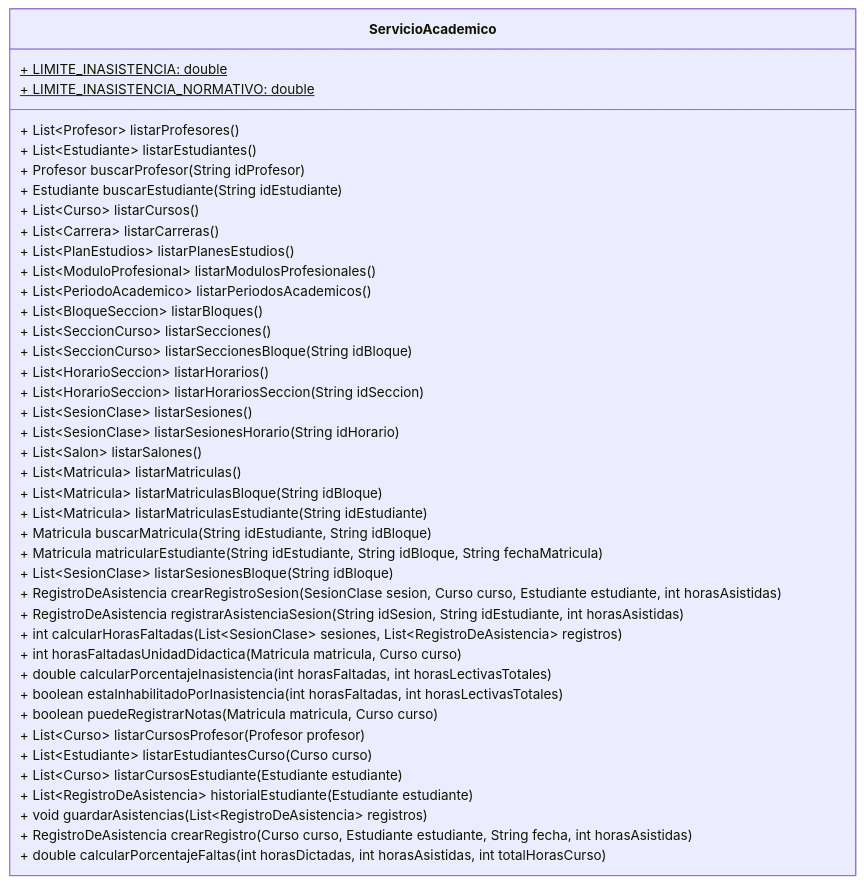
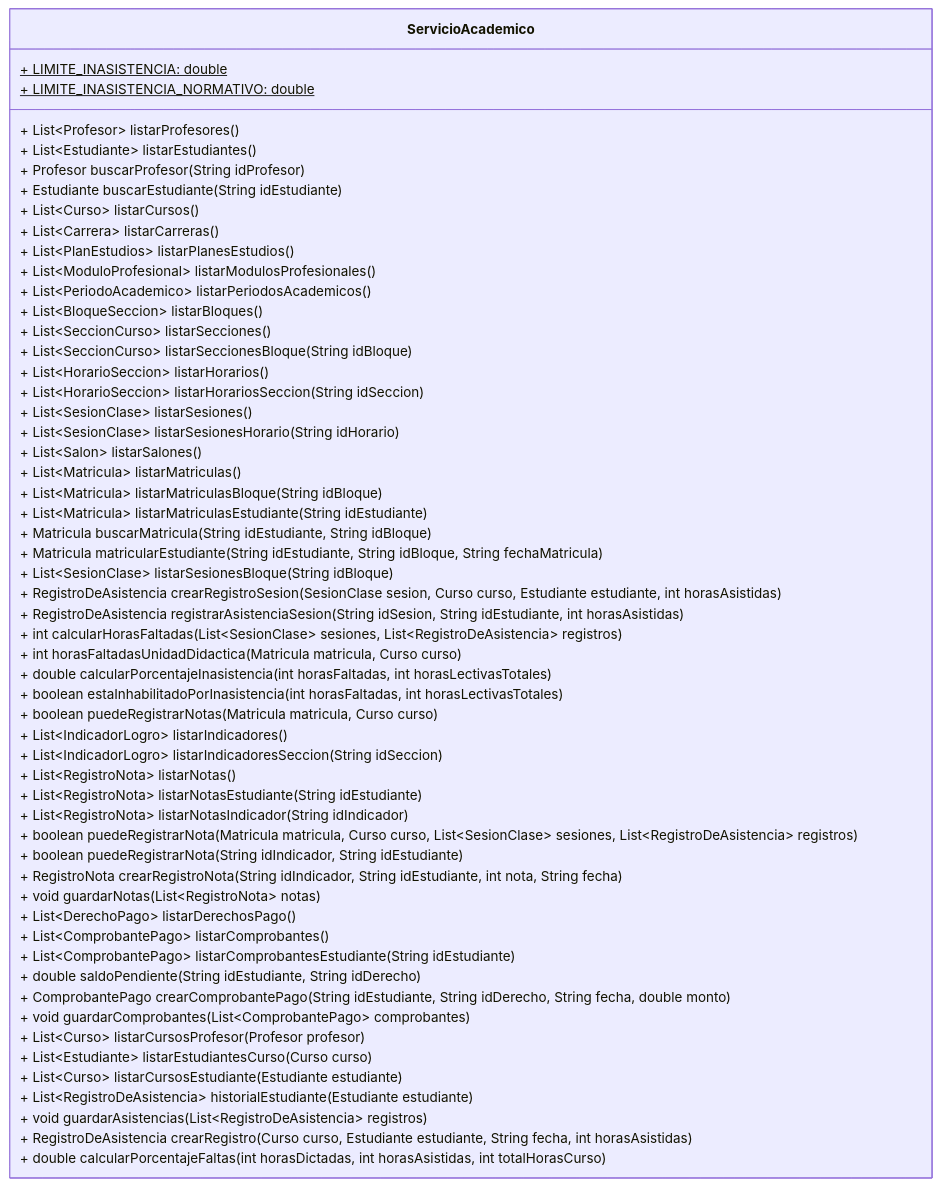
Before and after one commit to Aireck2/take-attendance-java: the diagram in docs/service/ServicioAcademico.mmd, drawn with Mermaid. The commit also changed 19 other files, not shown here.

```diff
--- a/docs/service/ServicioAcademico.mmd
+++ b/docs/service/ServicioAcademico.mmd
@@ -1,42 +1,57 @@
 classDiagram
     class ServicioAcademico {
         + LIMITE_INASISTENCIA: double$
         + LIMITE_INASISTENCIA_NORMATIVO: double$
         + List~Profesor~ listarProfesores()
         + List~Estudiante~ listarEstudiantes()
         + Profesor buscarProfesor(String idProfesor)
         + Estudiante buscarEstudiante(String idEstudiante)
         + List~Curso~ listarCursos()
         + List~Carrera~ listarCarreras()
         + List~PlanEstudios~ listarPlanesEstudios()
         + List~ModuloProfesional~ listarModulosProfesionales()
         + List~PeriodoAcademico~ listarPeriodosAcademicos()
         + List~BloqueSeccion~ listarBloques()
         + List~SeccionCurso~ listarSecciones()
         + List~SeccionCurso~ listarSeccionesBloque(String idBloque)
         + List~HorarioSeccion~ listarHorarios()
         + List~HorarioSeccion~ listarHorariosSeccion(String idSeccion)
         + List~SesionClase~ listarSesiones()
         + List~SesionClase~ listarSesionesHorario(String idHorario)
         + List~Salon~ listarSalones()
         + List~Matricula~ listarMatriculas()
         + List~Matricula~ listarMatriculasBloque(String idBloque)
         + List~Matricula~ listarMatriculasEstudiante(String idEstudiante)
         + Matricula buscarMatricula(String idEstudiante, String idBloque)
         + Matricula matricularEstudiante(String idEstudiante, String idBloque, String fechaMatricula)
         + List~SesionClase~ listarSesionesBloque(String idBloque)
         + RegistroDeAsistencia crearRegistroSesion(SesionClase sesion, Curso curso, Estudiante estudiante, int horasAsistidas)
         + RegistroDeAsistencia registrarAsistenciaSesion(String idSesion, String idEstudiante, int horasAsistidas)
         + int calcularHorasFaltadas(List~SesionClase~ sesiones, List~RegistroDeAsistencia~ registros)
         + int horasFaltadasUnidadDidactica(Matricula matricula, Curso curso)
         + double calcularPorcentajeInasistencia(int horasFaltadas, int horasLectivasTotales)
         + boolean estaInhabilitadoPorInasistencia(int horasFaltadas, int horasLectivasTotales)
         + boolean puedeRegistrarNotas(Matricula matricula, Curso curso)
+        + List~IndicadorLogro~ listarIndicadores()
+        + List~IndicadorLogro~ listarIndicadoresSeccion(String idSeccion)
+        + List~RegistroNota~ listarNotas()
+        + List~RegistroNota~ listarNotasEstudiante(String idEstudiante)
+        + List~RegistroNota~ listarNotasIndicador(String idIndicador)
+        + boolean puedeRegistrarNota(Matricula matricula, Curso curso, List~SesionClase~ sesiones, List~RegistroDeAsistencia~ registros)
+        + boolean puedeRegistrarNota(String idIndicador, String idEstudiante)
+        + RegistroNota crearRegistroNota(String idIndicador, String idEstudiante, int nota, String fecha)
+        + void guardarNotas(List~RegistroNota~ notas)
+        + List~DerechoPago~ listarDerechosPago()
+        + List~ComprobantePago~ listarComprobantes()
+        + List~ComprobantePago~ listarComprobantesEstudiante(String idEstudiante)
+        + double saldoPendiente(String idEstudiante, String idDerecho)
+        + ComprobantePago crearComprobantePago(String idEstudiante, String idDerecho, String fecha, double monto)
+        + void guardarComprobantes(List~ComprobantePago~ comprobantes)
         + List~Curso~ listarCursosProfesor(Profesor profesor)
         + List~Estudiante~ listarEstudiantesCurso(Curso curso)
         + List~Curso~ listarCursosEstudiante(Estudiante estudiante)
         + List~RegistroDeAsistencia~ historialEstudiante(Estudiante estudiante)
         + void guardarAsistencias(List~RegistroDeAsistencia~ registros)
         + RegistroDeAsistencia crearRegistro(Curso curso, Estudiante estudiante, String fecha, int horasAsistidas)
         + double calcularPorcentajeFaltas(int horasDictadas, int horasAsistidas, int totalHorasCurso)
     }
```
